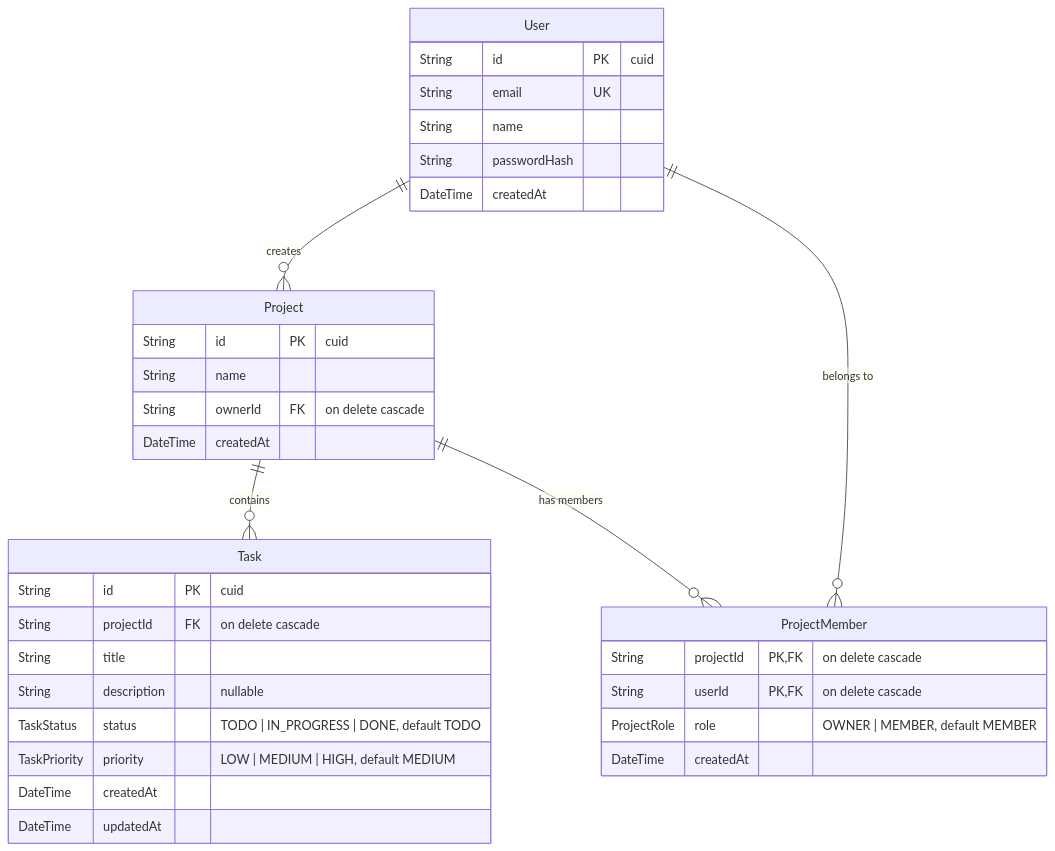
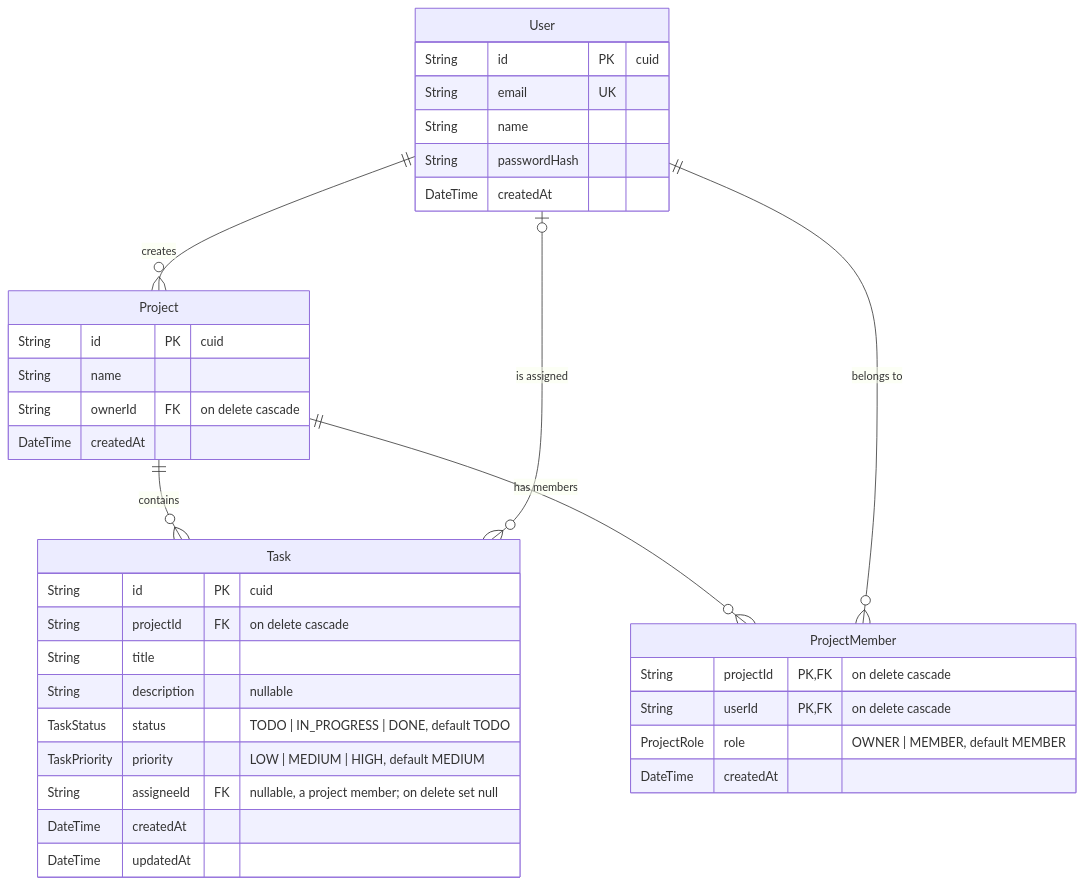
One commit to stone-coding/team-task-board-copilot changed the fourth of 4 diagrams in docs/architecture.md. Above: the diagram before and after it, drawn with Mermaid. The commit also changed 5 other files, not shown here.

First line of the commit message:
docs(#51): document task assignment in the PRD, ER diagram, DESIGN.md, README, and screenshots

````diff
--- a/docs/architecture.md
+++ b/docs/architecture.md
@@ -69,37 +69,39 @@
 ```mermaid
 erDiagram
   User ||--o{ Project : creates
   Project ||--o{ Task : contains
   Project ||--o{ ProjectMember : "has members"
   User ||--o{ ProjectMember : "belongs to"
+  User |o--o{ Task : "is assigned"
 
   User {
     String id PK "cuid"
     String email UK
     String name
     String passwordHash
     DateTime createdAt
   }
   Project {
     String id PK "cuid"
     String name
     String ownerId FK "on delete cascade"
     DateTime createdAt
   }
   ProjectMember {
     String projectId PK,FK "on delete cascade"
     String userId PK,FK "on delete cascade"
     ProjectRole role "OWNER | MEMBER, default MEMBER"
     DateTime createdAt
   }
   Task {
     String id PK "cuid"
     String projectId FK "on delete cascade"
     String title
     String description "nullable"
     TaskStatus status "TODO | IN_PROGRESS | DONE, default TODO"
     TaskPriority priority "LOW | MEDIUM | HIGH, default MEDIUM"
+    String assigneeId FK "nullable, a project member; on delete set null"
     DateTime createdAt
     DateTime updatedAt
   }
 ```
````
